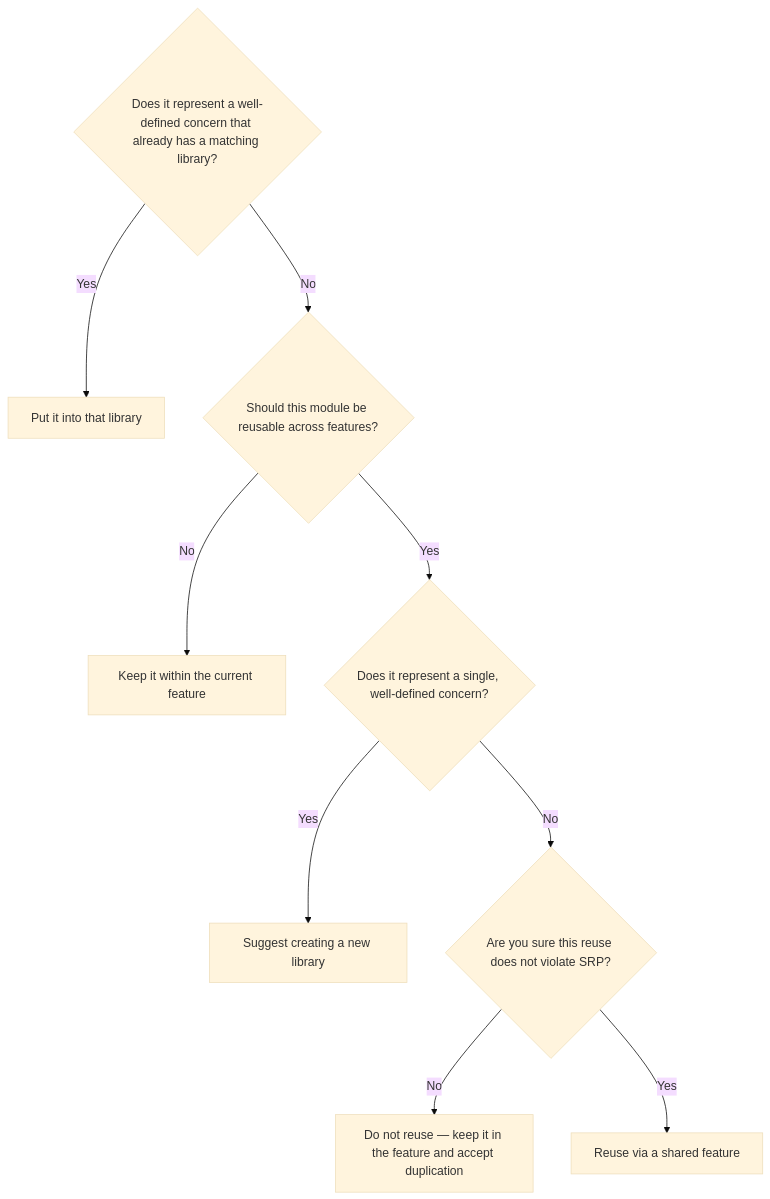
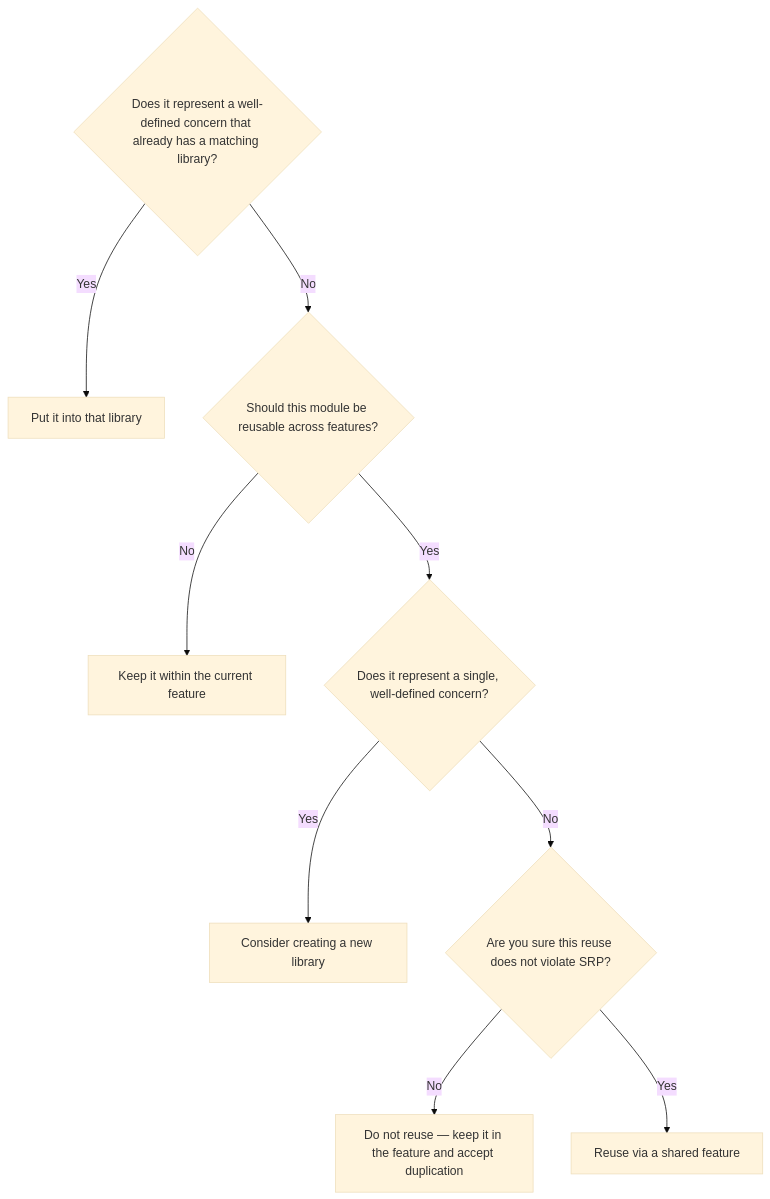
The fourth of 4 diagrams in docs/engineering-guide.md (Vladyslav-Murashchenko/feature-garden), drawn with Mermaid (base theme) before and after one commit.

Commit message:
Update suggestion for creating a new library

````diff
--- a/docs/engineering-guide.md
+++ b/docs/engineering-guide.md
@@ -369,16 +369,16 @@
 ```mermaid
 graph TD
     A{Does it represent a well-defined concern that already has a matching library?}
 
     A -->|Yes| B[Put it into that library]
     A -->|No| C{Should this module be reusable across features?}
 
     C -->|No| D[Keep it within the current feature]
     C -->|Yes| E{Does it represent a single, well-defined concern?}
 
-    E -->|Yes| F[Suggest creating a new library]
+    E -->|Yes| F[Consider creating a new library]
     E -->|No| G{Are you sure this reuse does not violate SRP?}
 
     G -->|No| H[Do not reuse — keep it in the feature and accept duplication]
     G -->|Yes| I[Reuse via a shared feature]
 ```
````
